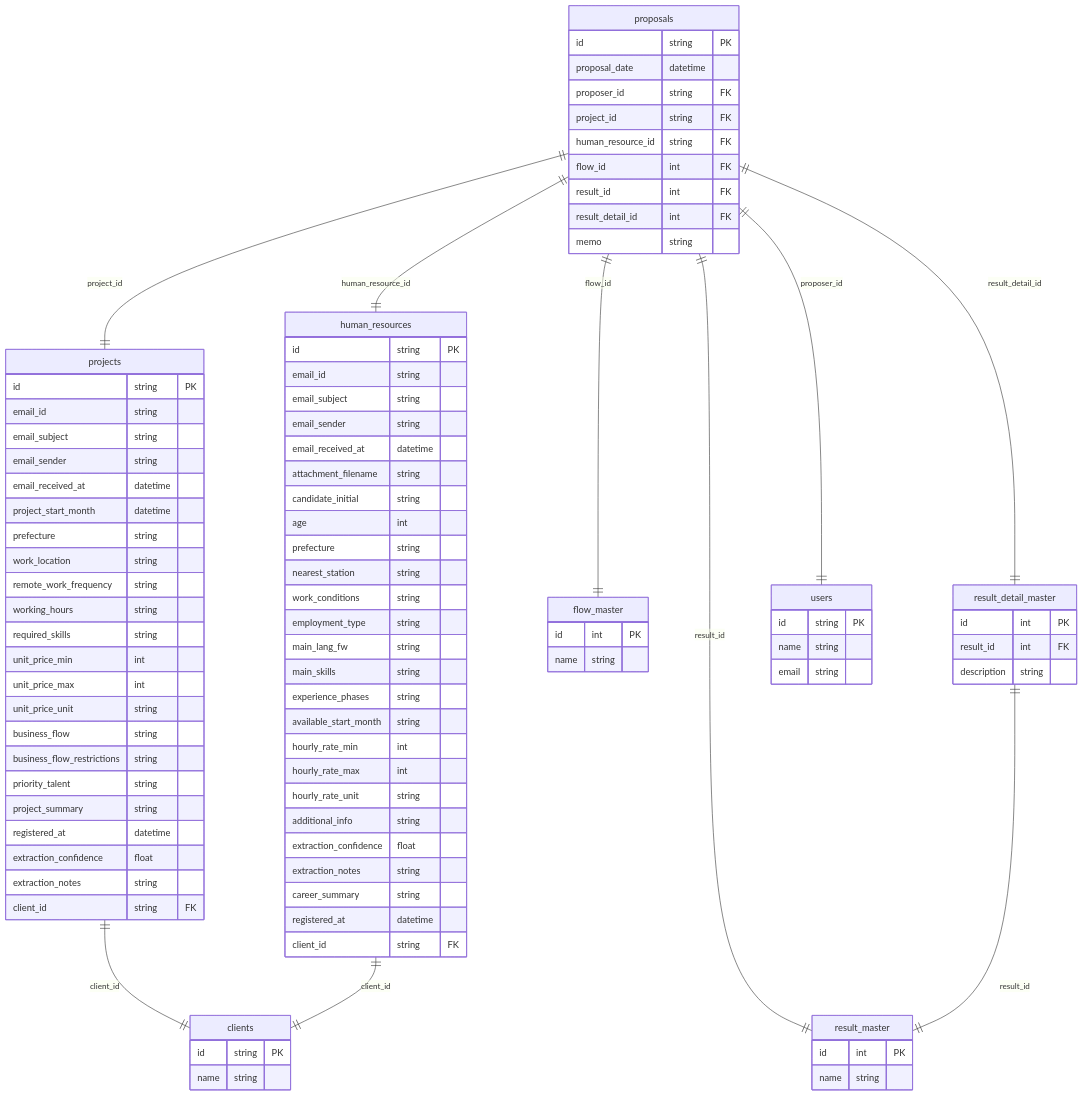
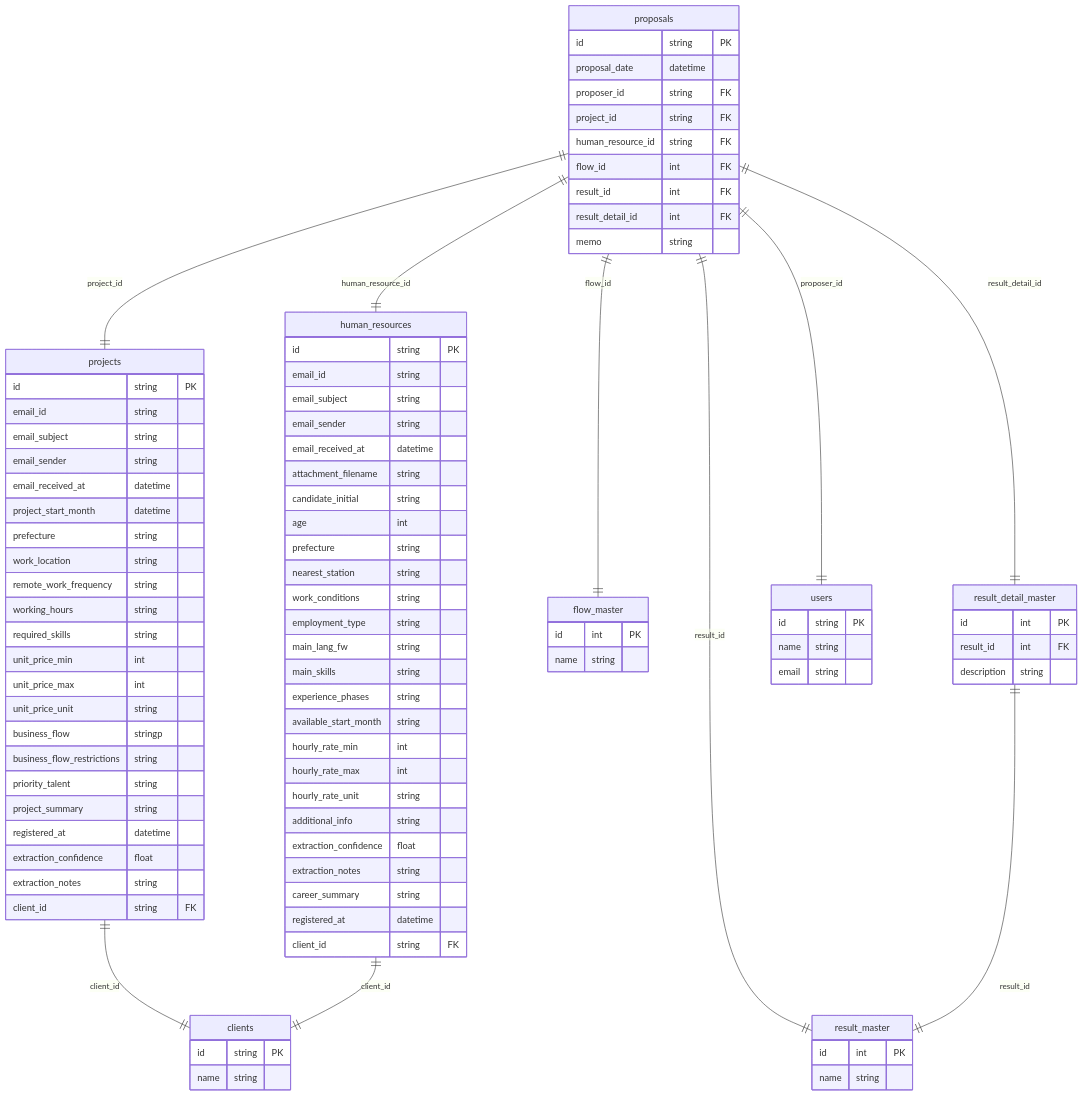
One commit to ChrisKasahara/shakehandz-api changed the diagram in ai-generated/docs/ER/er_diagram.md. Above: the diagram before and after it, drawn with Mermaid.

Commit message:
ER図更新

```diff
--- a/ai-generated/docs/ER/er_diagram.md
+++ b/ai-generated/docs/ER/er_diagram.md
@@ -37,7 +37,7 @@
         unit_price_min int
         unit_price_max int
         unit_price_unit string
-        business_flow string
+        business_flow stringp
         business_flow_restrictions string
         priority_talent string
         project_summary string
```
